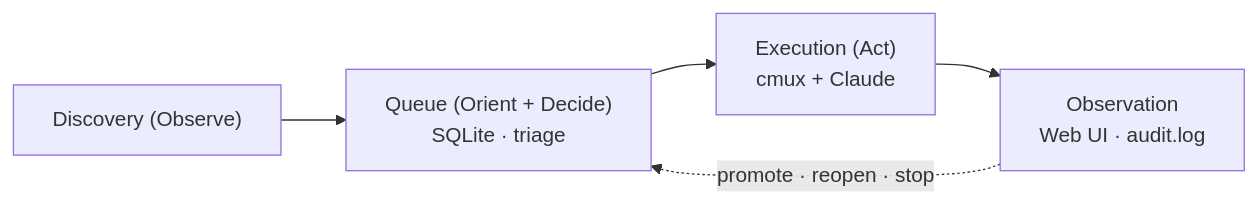
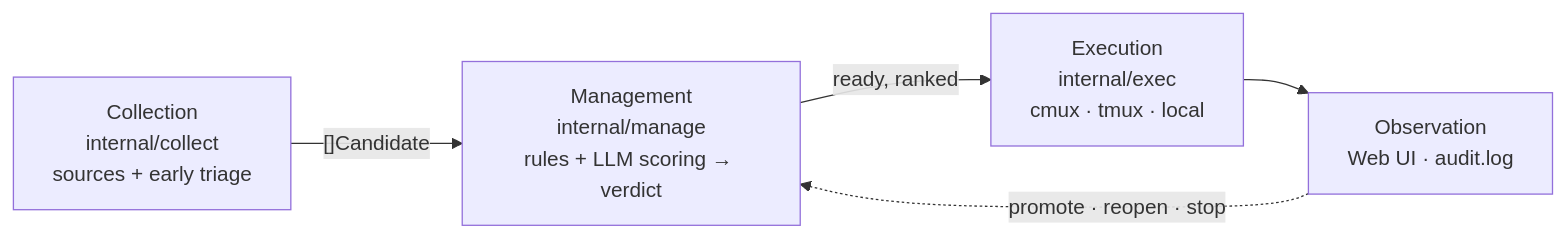
One commit to haruotsu/marunage changed the diagram in README.md. Above: the diagram before and after it, drawn with Mermaid. The commit also changed other lines of this file and 1 other file, not shown here.

First line of the commit message:
docs(readme): document the collect → manage → exec layering (#125)

````diff
--- a/README.md
+++ b/README.md
@@ -33,10 +39,10 @@
 ```mermaid
 flowchart LR
-    D["Discovery (Observe)"]
-    Q["Queue (Orient + Decide)<br/>SQLite · triage"]
-    E["Execution (Act)<br/>cmux + Claude"]
+    C["Collection<br/>internal/collect<br/>sources + early triage"]
+    M["Management<br/>internal/manage<br/>rules + LLM scoring → verdict"]
+    X["Execution<br/>internal/exec<br/>cmux · tmux · local"]
     O["Observation<br/>Web UI · audit.log"]
 
-    D --> Q --> E --> O
-    O -.->|promote · reopen · stop| Q
+    C -->|"[]Candidate"| M -->|"ready, ranked"| X --> O
+    O -.->|promote · reopen · stop| M
 ```
````
